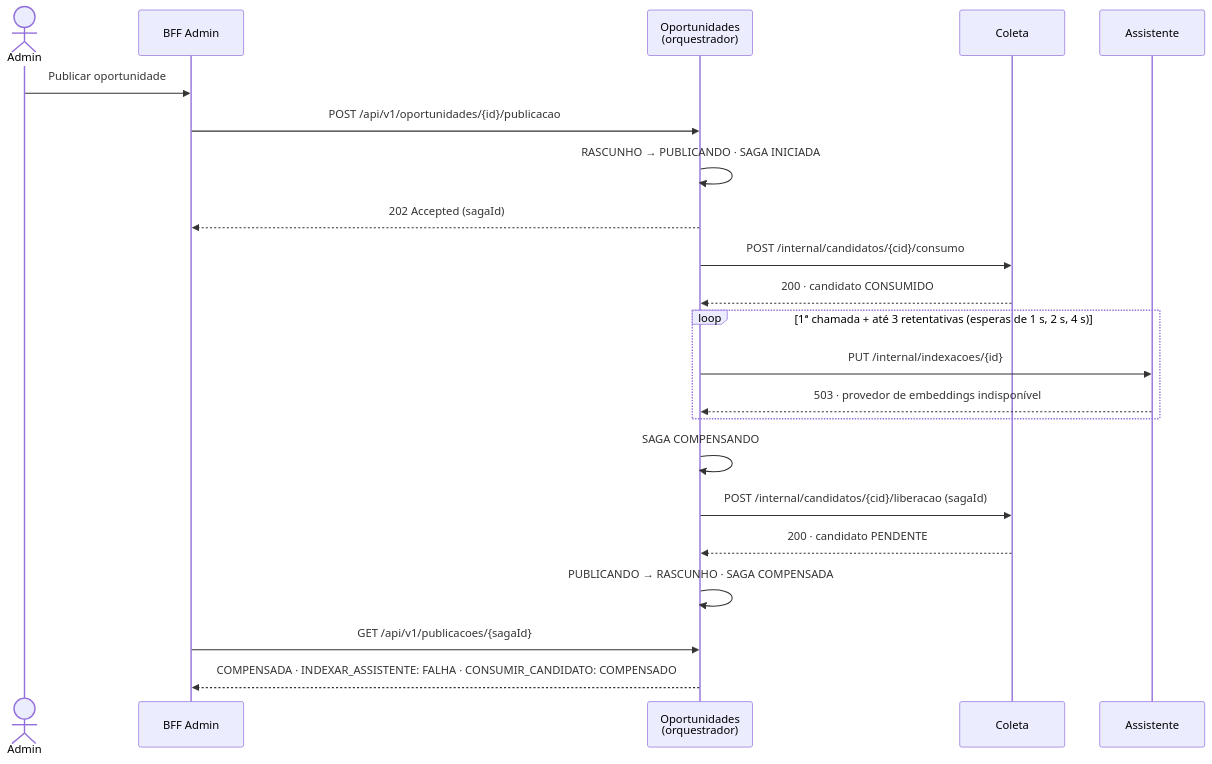
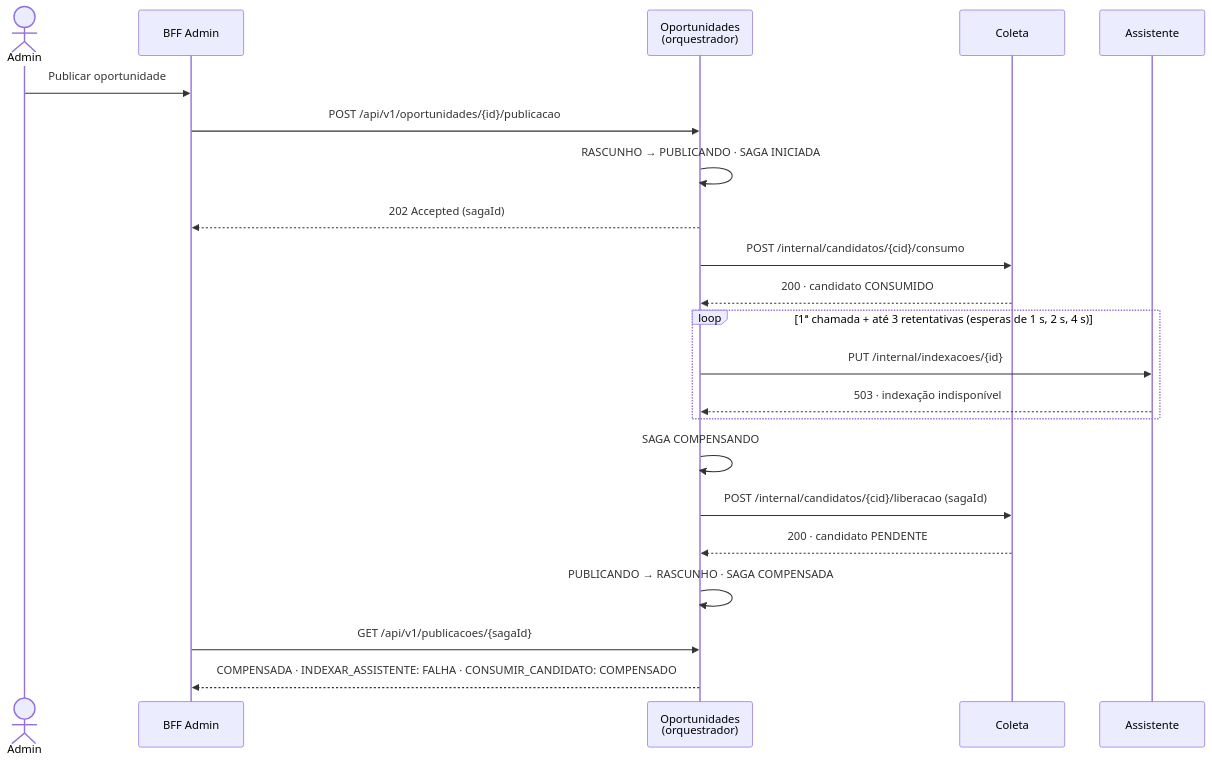
The second of 2 diagrams in docs/arquitetura/4.6-saga.md (joao-givisiez/ConectaU), drawn with Mermaid before and after one commit. The commit also changed other lines of this file and 12 other files, not shown here.

````diff
--- a/docs/arquitetura/4.6-saga.md
+++ b/docs/arquitetura/4.6-saga.md
@@ -82,29 +82,29 @@
 ```mermaid
 sequenceDiagram
   actor A as Admin
   participant BA as BFF Admin
   participant OP as Oportunidades<br/>(orquestrador)
   participant CO as Coleta
   participant AS as Assistente
 
   A->>BA: Publicar oportunidade
   BA->>OP: POST /api/v1/oportunidades/{id}/publicacao
   OP->>OP: RASCUNHO → PUBLICANDO · SAGA INICIADA
   OP-->>BA: 202 Accepted (sagaId)
 
   OP->>CO: POST /internal/candidatos/{cid}/consumo
   CO-->>OP: 200 · candidato CONSUMIDO
 
   loop 1ª chamada + até 3 retentativas (esperas de 1 s, 2 s, 4 s)
     OP->>AS: PUT /internal/indexacoes/{id}
-    AS-->>OP: 503 · provedor de embeddings indisponível
+    AS-->>OP: 503 · indexação indisponível
   end
 
   OP->>OP: SAGA COMPENSANDO
   OP->>CO: POST /internal/candidatos/{cid}/liberacao (sagaId)
   CO-->>OP: 200 · candidato PENDENTE
   OP->>OP: PUBLICANDO → RASCUNHO · SAGA COMPENSADA
 
   BA->>OP: GET /api/v1/publicacoes/{sagaId}
   OP-->>BA: COMPENSADA · INDEXAR_ASSISTENTE: FALHA · CONSUMIR_CANDIDATO: COMPENSADO
 ```
````
